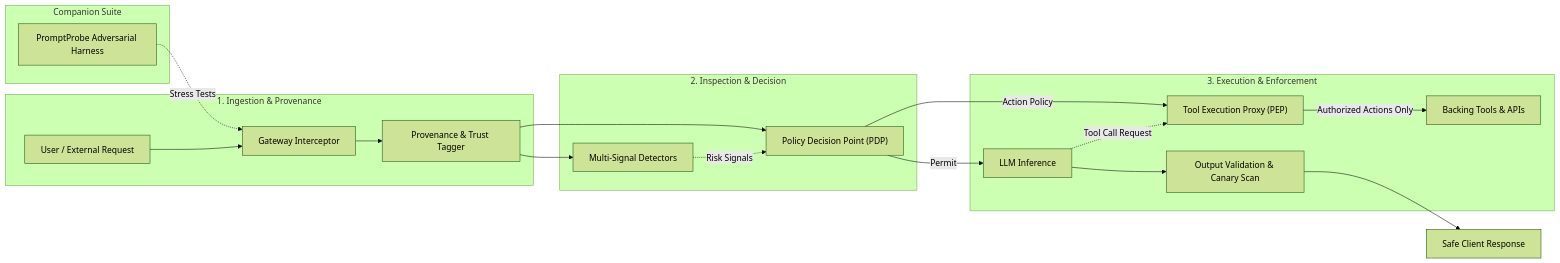
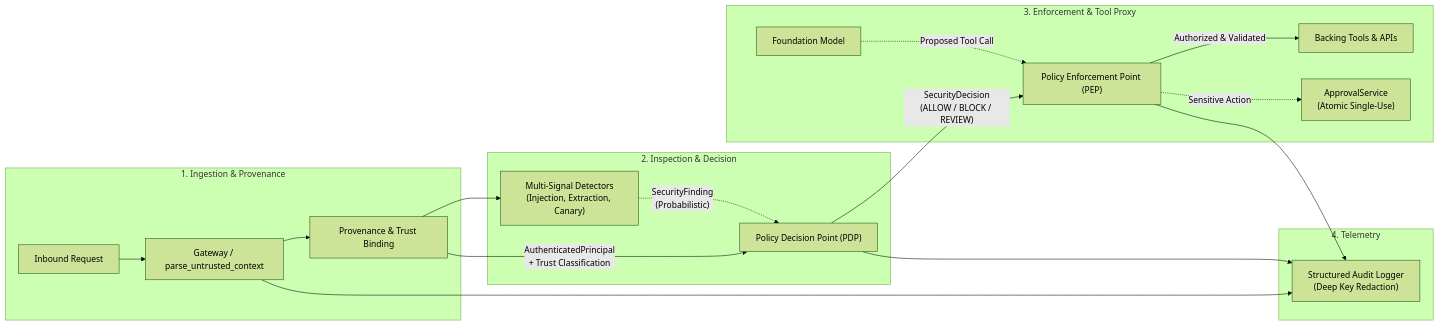
The diagram in README.md (yash-mishraa/SentinelLLM), drawn with Mermaid (forest theme) before and after one commit. The commit also changed other lines of this file and 2 other files, not shown here.

````diff
--- a/README.md
+++ b/README.md
@@ -51,27 +31,26 @@
 ```mermaid
 flowchart LR
     subgraph Ingestion["1. Ingestion & Provenance"]
-        Req["User / External Request"] --> GW["Gateway Interceptor"]
-        GW --> Prov["Provenance & Trust Tagger"]
+        Req["Inbound Request"] --> GW["Gateway / parse_untrusted_context"]
+        GW --> Prov["Provenance & Trust Binding"]
     end
 
     subgraph Inspection["2. Inspection & Decision"]
-        Prov --> Dets["Multi-Signal Detectors"]
-        Dets -.->|"Risk Signals"| PDP["Policy Decision Point (PDP)"]
-        Prov --> PDP
+        Prov --> Dets["Multi-Signal Detectors\n(Injection, Extraction, Canary)"]
+        Dets -.->|"SecurityFinding\n(Probabilistic)"| PDP["Policy Decision Point (PDP)"]
+        Prov -->|"AuthenticatedPrincipal\n+ Trust Classification"| PDP
     end
 
-    subgraph Execution["3. Execution & Enforcement"]
-        PDP -->|"Permit"| Model["LLM Inference"]
-        Model -.->|"Tool Call Request"| PEP["Tool Execution Proxy (PEP)"]
-        PDP -->|"Action Policy"| PEP
-        PEP -->|"Authorized Actions Only"| Tools["Backing Tools & APIs"]
-        Model --> OV["Output Validation & Canary Scan"]
+    subgraph Enforcement["3. Enforcement & Tool Proxy"]
+        PDP -->|"SecurityDecision\n(ALLOW / BLOCK / REVIEW)"| PEP["Policy Enforcement Point (PEP)"]
+        LLM["Foundation Model"] -.->|"Proposed Tool Call"| PEP
+        PEP -->|"Authorized & Validated"| Tools["Backing Tools & APIs"]
+        PEP -.->|"Sensitive Action"| Appr["ApprovalService\n(Atomic Single-Use)"]
     end
 
-    subgraph Evaluation["Companion Suite"]
-        PromptProbe["PromptProbe Adversarial Harness"] -.->|"Stress Tests"| GW
+    subgraph Audit["4. Telemetry"]
+        GW --> AUD["Structured Audit Logger\n(Deep Key Redaction)"]
+        PDP --> AUD
+        PEP --> AUD
     end
-
-    OV --> Out["Safe Client Response"]
 ```
````
